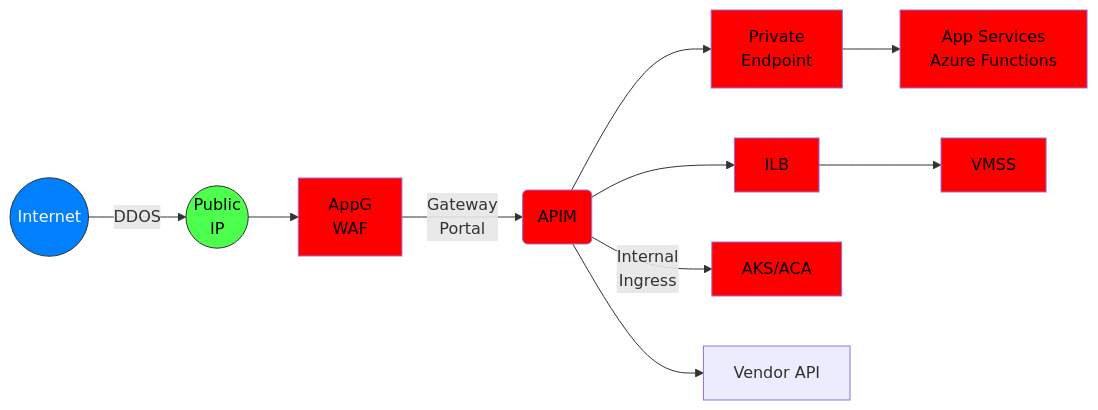
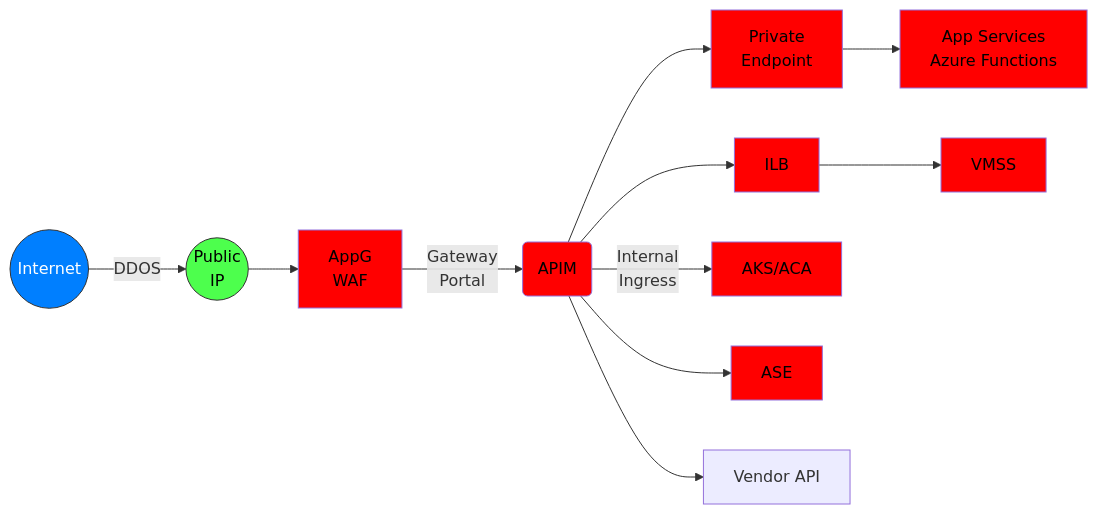
The third of 3 diagrams in README.md (msalemor/azure-apim-networking), drawn with Mermaid before and after one commit.

````diff
--- a/README.md
+++ b/README.md
@@ -72,18 +72,19 @@
 ```mermaid
 graph LR;
     A((Internet))--DDOS-->X((Public<br/>IP));
     X-->Z;
     Z[AppG<br/>WAF];
     Z--Gateway<br/>Portal-->B(APIM);
     B-->M[Private<br/>Endpoint];
     M-->C[App Services<br/>Azure Functions]
     B-->D[ILB];
     D-->F[VMSS];
     B--Internal<br/>Ingress-->E[AKS/ACA];
-    B-->G[Vendor API]
+    B-->G[ASE];
+    B-->H[Vendor API]
     style A fill:#007FFF,stroke:#333,stroke-width:1px,color:#fff;    
     classDef unsafe fill:#4DFF4D,stroke:#333,stroke-width:1px,color:black;
     class X unsafe;
     classDef safe fill:red,color:black;
-    class C,Z,B,D,F,E,M safe;
+    class C,Z,B,D,F,E,M,G safe;
 ```
````
